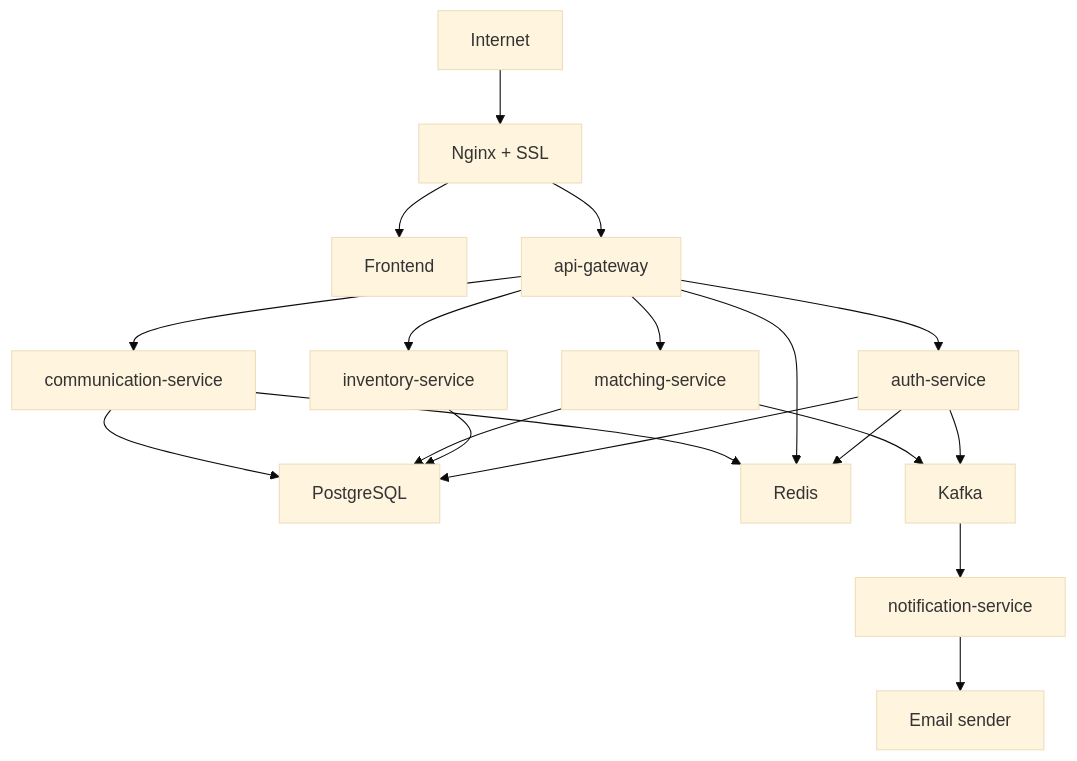
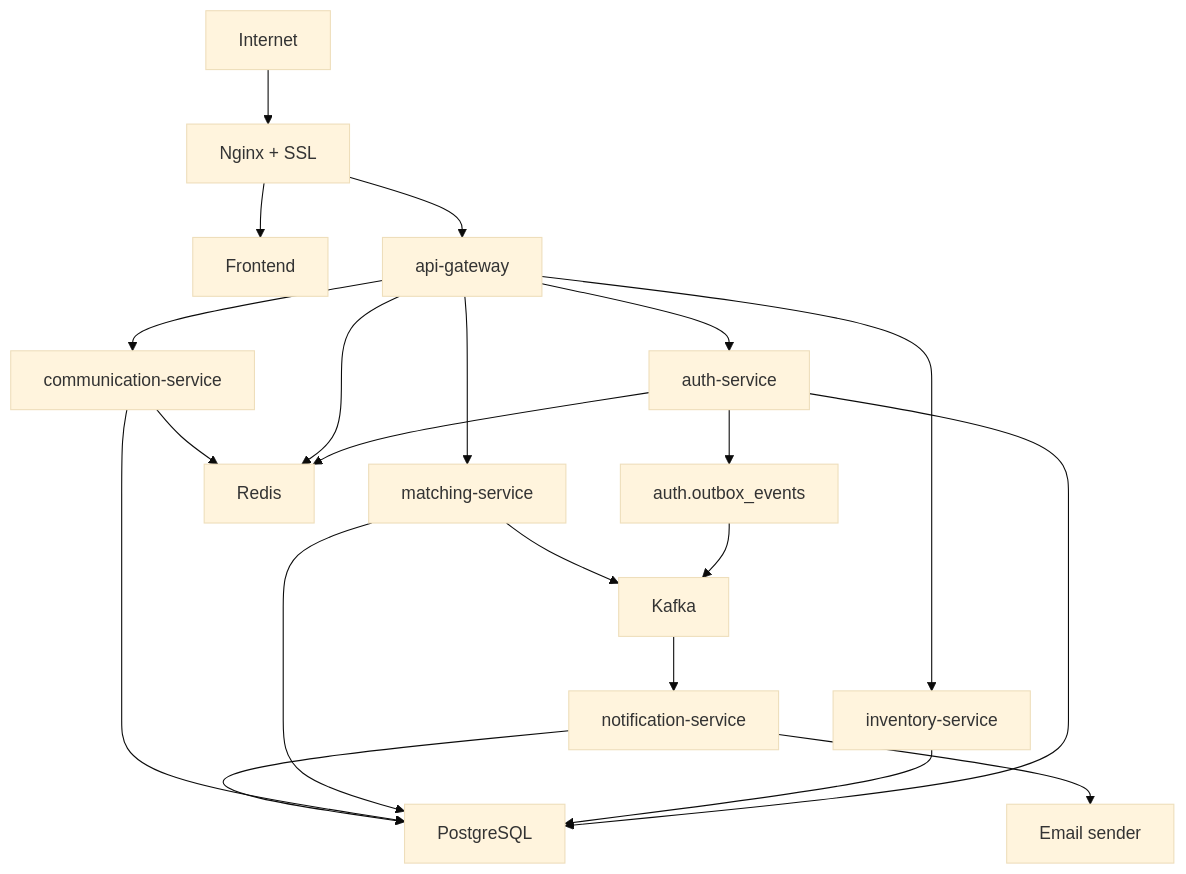
One commit to tmcrypted/berusmenu changed the first of 2 diagrams in docs/runtime-topology.md. Above: the diagram before and after it, drawn with Mermaid (base theme). The commit also changed other lines of this file and 29 other files, not shown here.

Commit message:
add kafka outbox and few things

````diff
--- a/docs/runtime-topology.md
+++ b/docs/runtime-topology.md
@@ -5,24 +5,26 @@
 ```mermaid
 flowchart TB
     Internet --> Nginx["Nginx + SSL"]
     Nginx --> Frontend["Frontend"]
     Nginx --> Gateway["api-gateway"]
     Gateway --> Auth["auth-service"]
     Gateway --> Inventory["inventory-service"]
     Gateway --> Matching["matching-service"]
     Gateway --> Communication["communication-service"]
 
     Auth --> Postgres["PostgreSQL"]
     Inventory --> Postgres
     Matching --> Postgres
     Communication --> Postgres
 
     Auth --> Redis["Redis"]
     Gateway --> Redis
     Communication --> Redis
 
-    Auth --> Kafka["Kafka"]
+    Auth --> Outbox["auth.outbox_events"]
+    Outbox --> Kafka["Kafka"]
     Matching --> Kafka
     Kafka --> Notification["notification-service"]
+    Notification --> Postgres
     Notification --> Email["Email sender"]
 ```
````
